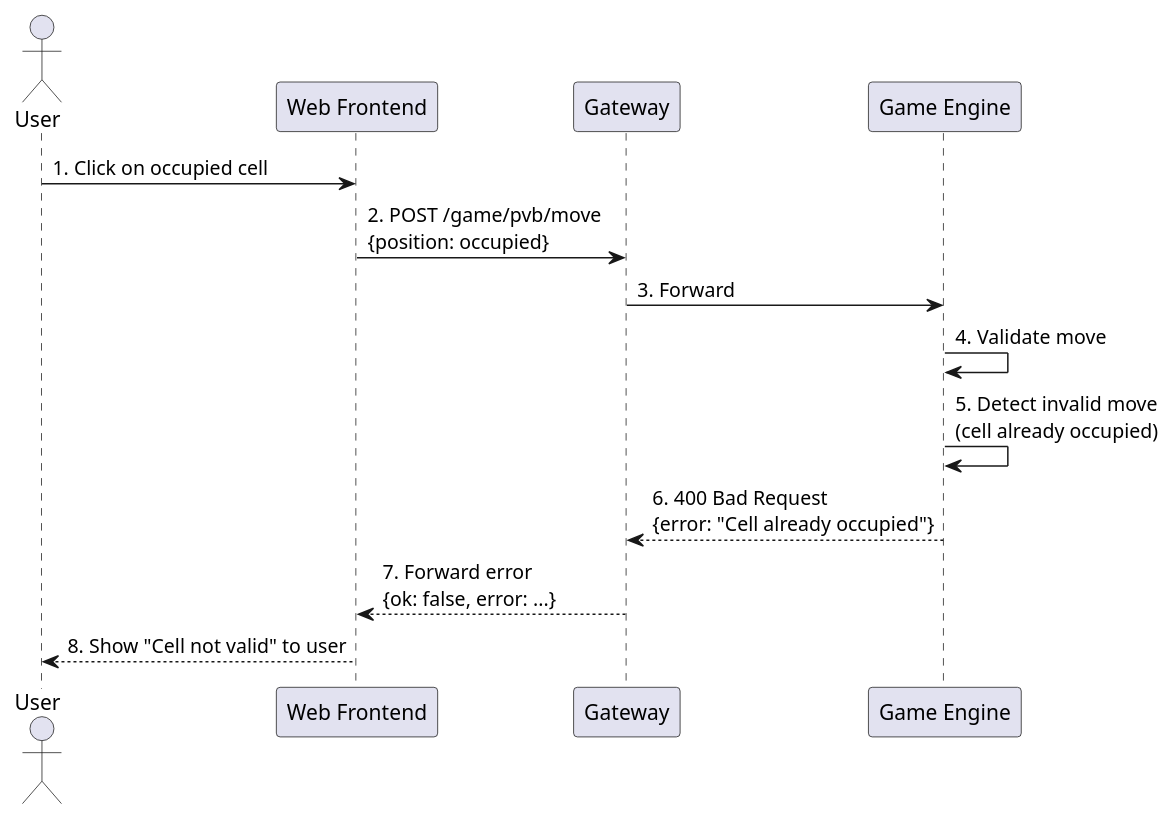
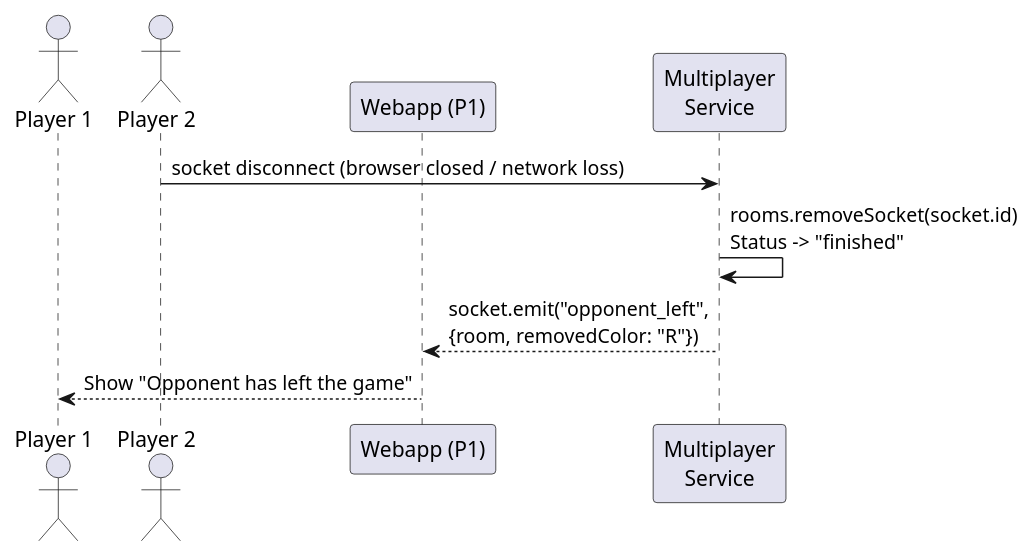
Before and after one commit to Arquisoft/yovi_en2c: the ninth of 11 diagrams in docs/src/06_runtime_view.adoc, drawn with PlantUML. The commit also changed other lines of this file, not shown here.

```diff
--- a/docs/src/06_runtime_view.adoc
+++ b/docs/src/06_runtime_view.adoc
@@ -274,20 +426,14 @@
-[plantuml,"Invalid Move",png]
+[plantuml,"Opponent Disconnect",png]
 ----
 @startuml
-actor "User" as User
-participant "Web Frontend" as Webapp
-participant "Gateway" as Gateway
-participant "Game Engine" as Gamey
+actor "Player 1" as P1
+actor "Player 2" as P2
+participant "Webapp (P1)" as WA1
+participant "Multiplayer\nService" as Multi
 
-User -> Webapp: 1. Click on occupied cell
-Webapp -> Gateway: 2. POST /game/pvb/move\n{position: occupied}
-Gateway -> Gamey: 3. Forward
-
-Gamey -> Gamey: 4. Validate move
-Gamey -> Gamey: 5. Detect invalid move\n(cell already occupied)
-
-Gamey --> Gateway: 6. 400 Bad Request\n{error: "Cell already occupied"}
-Gateway --> Webapp: 7. Forward error\n{ok: false, error: ...}
-Webapp --> User: 8. Show "Cell not valid" to user
+P2 -> Multi: socket disconnect (browser closed / network loss)
+Multi -> Multi: rooms.removeSocket(socket.id)\nStatus -> "finished"
+Multi --> WA1: socket.emit("opponent_left",\n{room, removedColor: "R"})
+WA1 --> P1: Show "Opponent has left the game"
 @enduml
 ----
```
